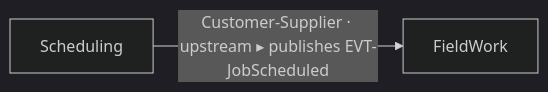
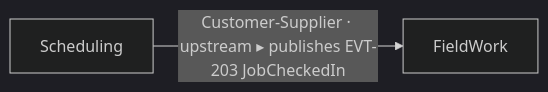
One commit to ivanmrva/grillspec changed the diagram in plugin/skills/grill-ddd/examples.md. Above: the diagram before and after it, drawn with Mermaid (dark theme). The commit also changed other lines of this file and 58 other files, not shown here.

````diff
--- a/plugin/skills/grill-ddd/examples.md
+++ b/plugin/skills/grill-ddd/examples.md
@@ -12,4 +13,4 @@
 ```mermaid
 flowchart LR
-  Scheduling -- "Customer-Supplier · upstream ▸ publishes EVT-JobScheduled" --> FieldWork
+  Scheduling -- "Customer-Supplier · upstream ▸ publishes EVT-203 JobCheckedIn" --> FieldWork
 ```
````
